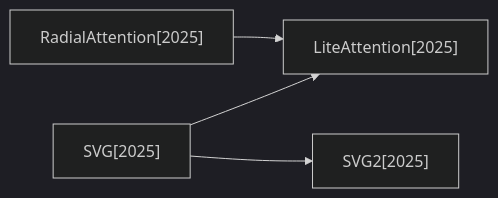
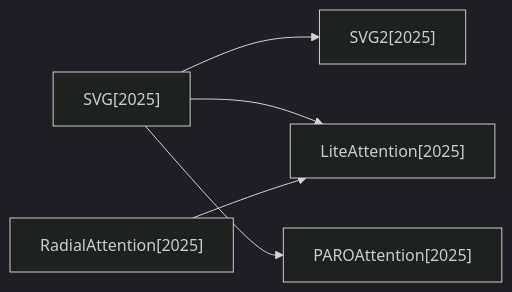
One commit to hustzxd/EfficientPaper changed the second of 5 diagrams in docs/baseline_methods_graph.md. Above: the diagram before and after it, drawn with Mermaid (dark theme). The commit also changed 21 other files, not shown here.

````diff
--- a/docs/baseline_methods_graph.md
+++ b/docs/baseline_methods_graph.md
@@ -29,10 +29,12 @@
 ```mermaid
 flowchart LR
     2025_SVG2["SVG2[2025]"]
+    2025_SVG["SVG[2025]"]
     2025_RadialAttention["RadialAttention[2025]"]
-    2025_SVG["SVG[2025]"]
+    2025_PAROAttention["PAROAttention[2025]"]
     2025_LiteAttention["LiteAttention[2025]"]
-    2025_RadialAttention --> 2025_LiteAttention
     2025_SVG --> 2025_SVG2
     2025_SVG --> 2025_LiteAttention
+    2025_SVG --> 2025_PAROAttention
+    2025_RadialAttention --> 2025_LiteAttention
 ```
````
